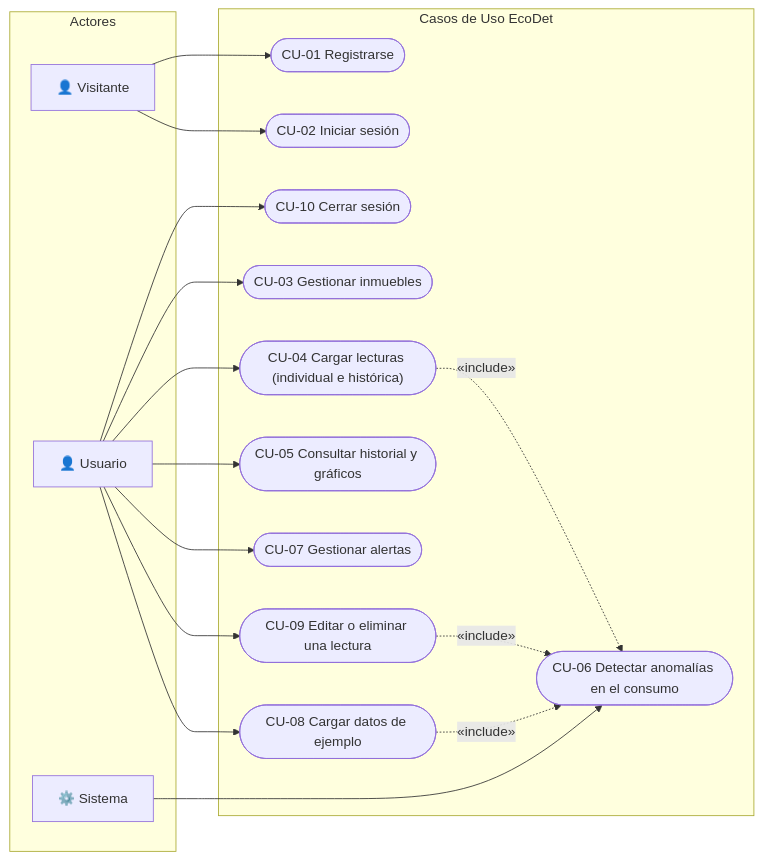
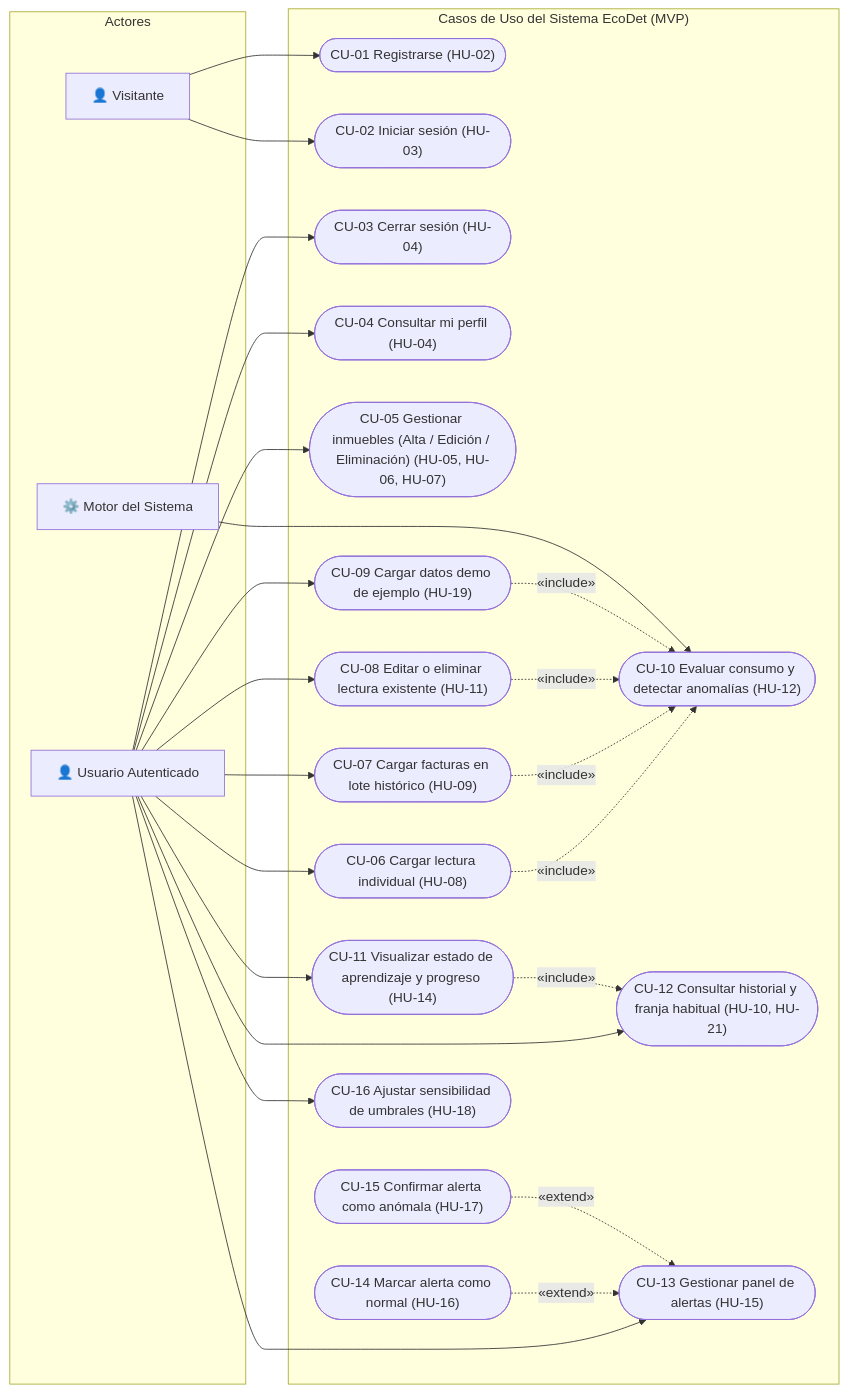
Before and after one commit to CuyoDevs/EcoDet: the diagram in docs/diseno/diagramas/casos-de-uso.md, drawn with Mermaid. The commit also changed other lines of this file and 1 other file, not shown here.

Commit message:
docs: refinar diagramas de casos de uso y clases del dominio para la entrega final

````diff
--- a/docs/diseno/diagramas/casos-de-uso.md
+++ b/docs/diseno/diagramas/casos-de-uso.md
@@ -8,37 +13,66 @@
 ```mermaid
 flowchart LR
     subgraph Actores
         V["👤 Visitante"]
-        U["👤 Usuario"]
-        S["⚙️ Sistema"]
+        U["👤 Usuario Autenticado"]
+        S["⚙️ Motor del Sistema"]
     end
 
-    subgraph CasosDeUso["Casos de Uso EcoDet"]
-        CU01(["CU-01 Registrarse"])
-        CU02(["CU-02 Iniciar sesión"])
-        CU10(["CU-10 Cerrar sesión"])
-        CU03(["CU-03 Gestionar inmuebles"])
-        CU04(["CU-04 Cargar lecturas (individual e histórica)"])
-        CU05(["CU-05 Consultar historial y gráficos"])
-        CU06(["CU-06 Detectar anomalías en el consumo"])
-        CU07(["CU-07 Gestionar alertas"])
-        CU08(["CU-08 Cargar datos de ejemplo"])
-        CU09(["CU-09 Editar o eliminar una lectura"])
+    subgraph CasosDeUso["Casos de Uso del Sistema EcoDet (MVP)"]
+        %% Autenticación y Cuentas
+        CU01(["CU-01 Registrarse (HU-02)"])
+        CU02(["CU-02 Iniciar sesión (HU-03)"])
+        CU03(["CU-03 Cerrar sesión (HU-04)"])
+        CU04(["CU-04 Consultar mi perfil (HU-04)"])
+
+        %% Gestión de Inmuebles
+        CU05(["CU-05 Gestionar inmuebles (Alta / Edición / Eliminación) (HU-05, HU-06, HU-07)"])
+
+        %% Carga de Consumos
+        CU06(["CU-06 Cargar lectura individual (HU-08)"])
+        CU07(["CU-07 Cargar facturas en lote histórico (HU-09)"])
+        CU08(["CU-08 Editar o eliminar lectura existente (HU-11)"])
+        CU09(["CU-09 Cargar datos demo de ejemplo (HU-19)"])
+
+        %% Detección y Estadísticas
+        CU10(["CU-10 Evaluar consumo y detectar anomalías (HU-12)"])
+        CU11(["CU-11 Visualizar estado de aprendizaje y progreso (HU-14)"])
+        CU12(["CU-12 Consultar historial y franja habitual (HU-10, HU-21)"])
+
+        %% Alertas y Umbrales
+        CU13(["CU-13 Gestionar panel de alertas (HU-15)"])
+        CU14(["CU-14 Marcar alerta como normal (HU-16)"])
+        CU15(["CU-15 Confirmar alerta como anómala (HU-17)"])
+        CU16(["CU-16 Ajustar sensibilidad de umbrales (HU-18)"])
     end
 
+    %% Relaciones de Visitante
     V --> CU01
     V --> CU02
-    
-    U --> CU10
+
+    %% Relaciones de Usuario
     U --> CU03
     U --> CU04
     U --> CU05
+    U --> CU06
     U --> CU07
     U --> CU08
     U --> CU09
+    U --> CU11
+    U --> CU12
+    U --> CU13
+    U --> CU16
 
-    CU04 -.->|«include»| CU06
-    CU09 -.->|«include»| CU06
-    CU08 -.->|«include»| CU06
-    S --> CU06
+    %% Dependencias Include y Extend
+    CU06 -.->|«include»| CU10
+    CU07 -.->|«include»| CU10
+    CU08 -.->|«include»| CU10
+    CU09 -.->|«include»| CU10
+
+    CU14 -.->|«extend»| CU13
+    CU15 -.->|«extend»| CU13
+    CU11 -.->|«include»| CU12
+
+    %% Actor Sistema
+    S --> CU10
 ```
````
